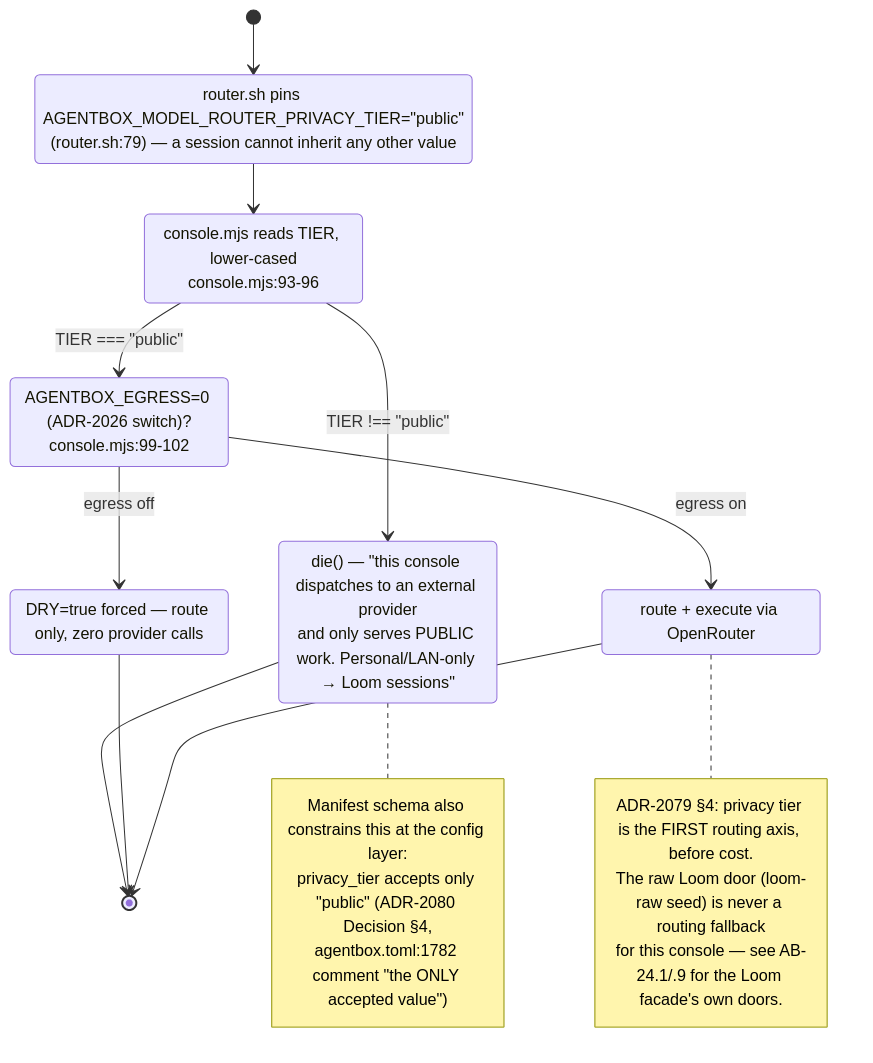
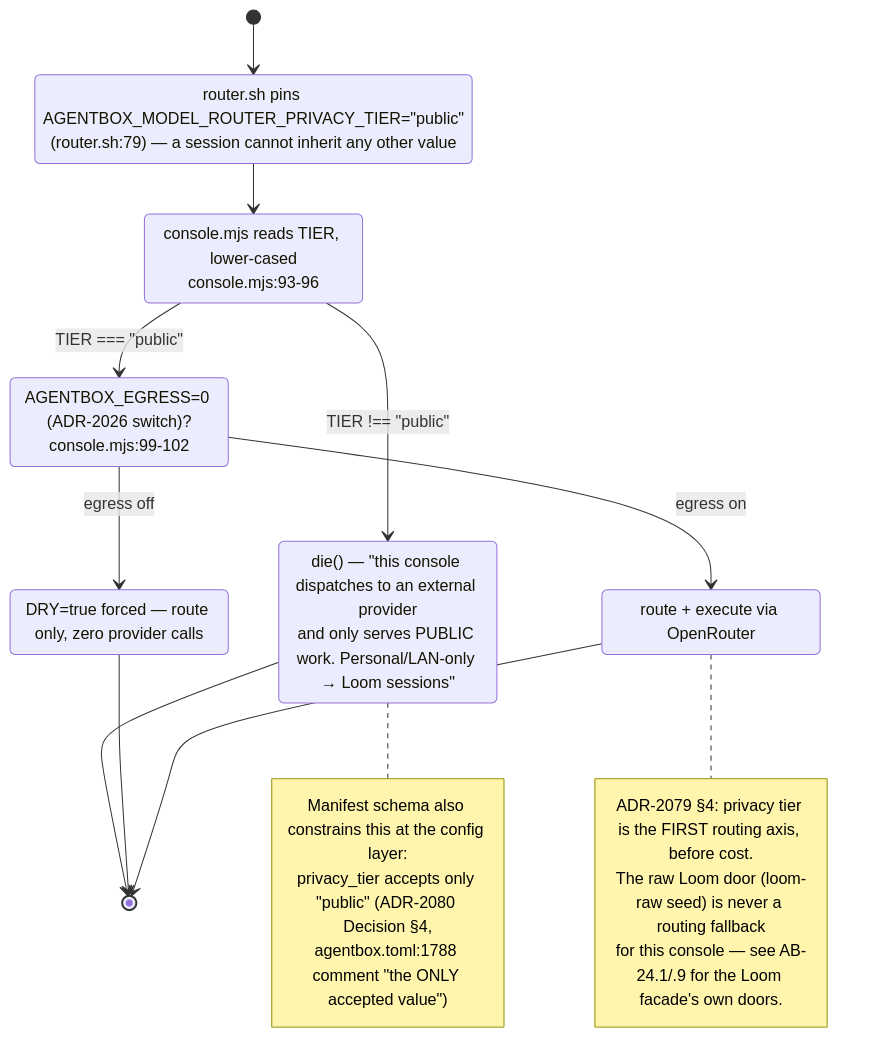
The sixth of 9 diagrams in docs/diagrams/agentbox/29-metaharness-router-console.md (DreamLab-AI/VisionFlow), drawn with Mermaid before and after one commit. The commit also changed other lines of this file and 154 other files, not shown here.

First line of the commit message:
docs(diagrams): re-stamp 154 topics whose every citation still reads the same text at the current heads

````diff
--- a/docs/diagrams/agentbox/29-metaharness-router-console.md
+++ b/docs/diagrams/agentbox/29-metaharness-router-console.md
@@ -217,28 +217,28 @@
 ```mermaid
 stateDiagram-v2
     [*] --> WrapperCheck
     WrapperCheck: router.sh pins AGENTBOX_MODEL_ROUTER_PRIVACY_TIER="public"<br/>(router.sh:79) — a session cannot inherit any other value
     WrapperCheck --> ConsoleCheck
     ConsoleCheck: console.mjs reads TIER, lower-cased<br/>console.mjs:93-96
     ConsoleCheck --> Refused: TIER !== "public"
     ConsoleCheck --> EgressCheck: TIER === "public"
     Refused: die() — "this console dispatches to an external provider<br/>and only serves PUBLIC work. Personal/LAN-only → Loom sessions"
     Refused --> [*]
     EgressCheck: AGENTBOX_EGRESS=0 (ADR-2026 switch)?<br/>console.mjs:99-102
     EgressCheck --> DryRunForced: egress off
     EgressCheck --> NormalRun: egress on
     DryRunForced: DRY=true forced — route only, zero provider calls
     NormalRun: route + execute via OpenRouter
     DryRunForced --> [*]
     NormalRun --> [*]
     note right of Refused
         Manifest schema also constrains this at the config layer:
         privacy_tier accepts only "public" (ADR-2080 Decision §4,
-        agentbox.toml:1782 comment "the ONLY accepted value")
+        agentbox.toml:1788 comment "the ONLY accepted value")
     end note
     note right of NormalRun
         ADR-2079 §4: privacy tier is the FIRST routing axis, before cost.
         The raw Loom door (loom-raw seed) is never a routing fallback
         for this console — see AB-24.1/.9 for the Loom facade's own doors.
     end note
 ```
````
